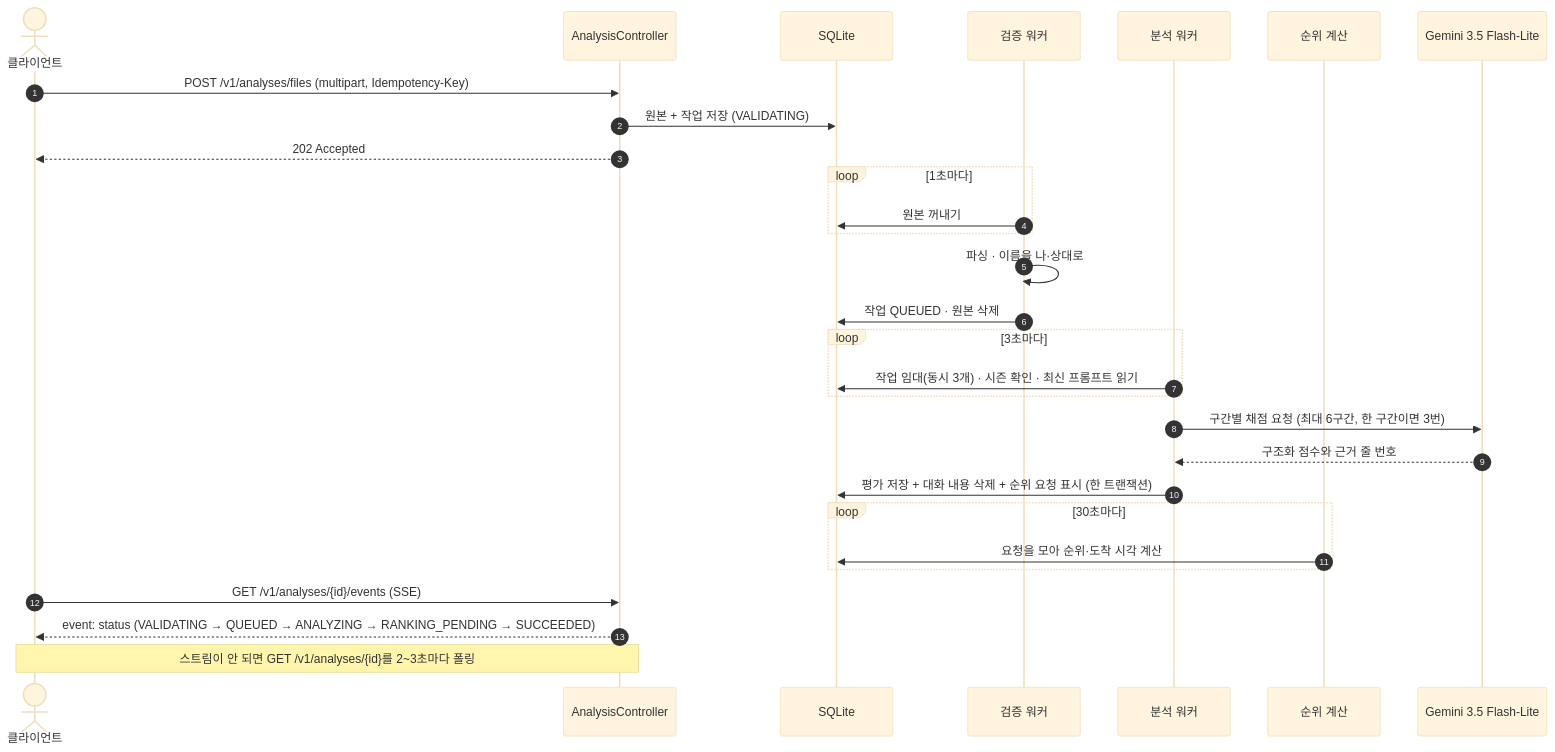
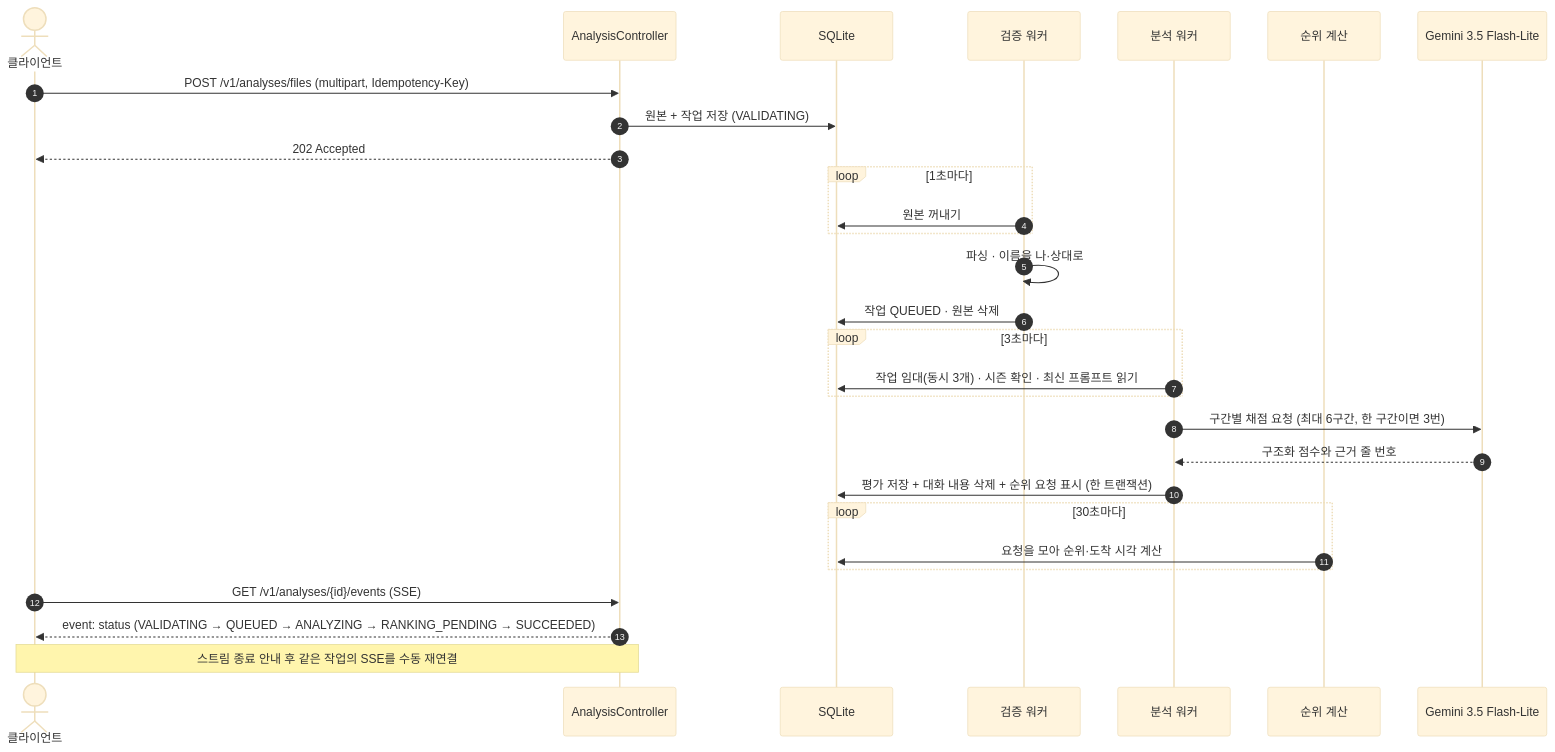
The diagram in backend/README.md (yooni9ue/santacut), drawn with Mermaid (base theme) before and after one commit. The commit also changed other lines of this file and 9 other files, not shown here.

````diff
--- a/backend/README.md
+++ b/backend/README.md
@@ -125,31 +125,31 @@
 ```mermaid
 sequenceDiagram
     autonumber
     actor C as 클라이언트
     participant API as AnalysisController
     participant DB as SQLite
     participant V as 검증 워커
     participant W as 분석 워커
     participant R as 순위 계산
     participant AI as Gemini 3.5 Flash-Lite
     C->>API: POST /v1/analyses/files (multipart, Idempotency-Key)
     API->>DB: 원본 + 작업 저장 (VALIDATING)
     API-->>C: 202 Accepted
     loop 1초마다
         V->>DB: 원본 꺼내기
     end
     V->>V: 파싱 · 이름을 나·상대로
     V->>DB: 작업 QUEUED · 원본 삭제
     loop 3초마다
         W->>DB: 작업 임대(동시 3개) · 시즌 확인 · 최신 프롬프트 읽기
     end
     W->>AI: 구간별 채점 요청 (최대 6구간, 한 구간이면 3번)
     AI-->>W: 구조화 점수와 근거 줄 번호
     W->>DB: 평가 저장 + 대화 내용 삭제 + 순위 요청 표시 (한 트랜잭션)
     loop 30초마다
         R->>DB: 요청을 모아 순위·도착 시각 계산
     end
     C->>API: GET /v1/analyses/{id}/events (SSE)
     API-->>C: event: status (VALIDATING → QUEUED → ANALYZING → RANKING_PENDING → SUCCEEDED)
-    Note over C,API: 스트림이 안 되면 GET /v1/analyses/{id}를 2~3초마다 폴링
+    Note over C,API: 스트림 종료 안내 후 같은 작업의 SSE를 수동 재연결
 ```
````
